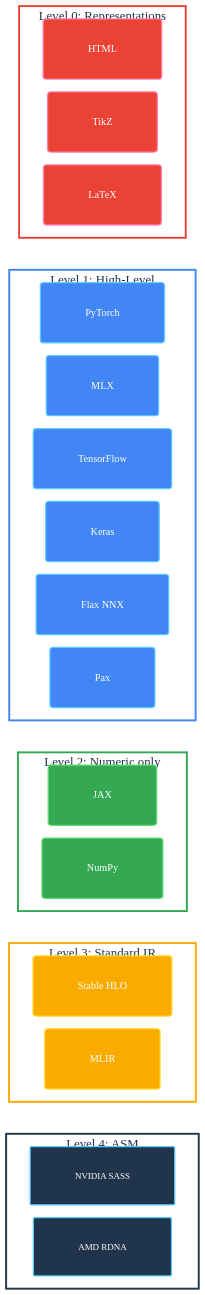
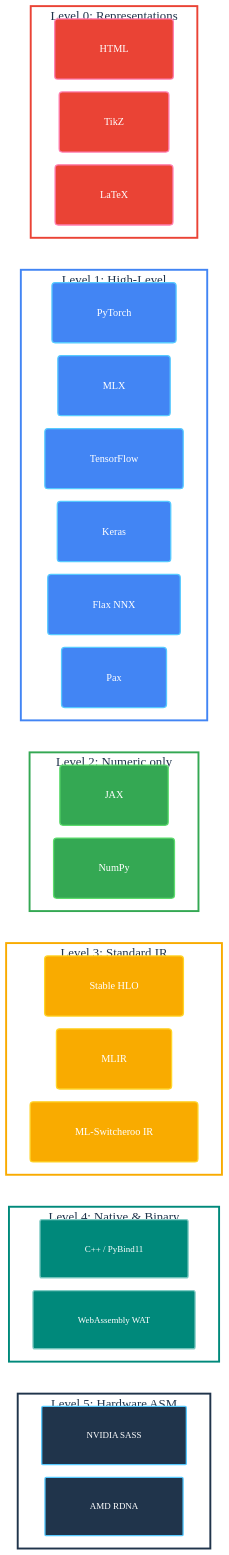
The diagram in docs/index.md (SamuelMarks/ml-switcheroo), drawn with Mermaid (base theme) before and after one commit. The commit also changed 29 other files, not shown here.

````diff
--- a/docs/index.md
+++ b/docs/index.md
@@ -28,7 +28,10 @@
 %% Level 3: Yellow (Intermediate)
     classDef l3Node fill: #f9ab00, stroke: #ffd427, stroke-width: 2px, color: white, font-family: 'Google Sans Normal', font-size: 16px, rx: 5px, ry: 5px;
 
-%% Hardware: Navy (NVIDIA_SASS) - Roboto Mono
+%% Level 4: Teal (Native & Web)
+    classDef l4Node fill: #00897b, stroke: #80cbc4, stroke-width: 2px, color: white, font-family: 'Roboto Mono Normal', font-size: 14px, rx: 3px, ry: 3px;
+
+%% Level 5: Navy (Hardware ASM) - Roboto Mono
     classDef asmNode fill: #20344b, stroke: #57caff, stroke-width: 2px, color: white, font-family: 'Roboto Mono Normal', font-size: 14px, rx: 2px, ry: 2px;
 
 %% --- 2. Subgraph Styling ---
@@ -37,6 +40,7 @@
     classDef containerL1 fill: white, stroke: #4285f4, stroke-width: 3px, color: #20344b, font-family: 'Google Sans Medium', font-size: 20px;
     classDef containerL2 fill: white, stroke: #34a853, stroke-width: 3px, color: #20344b, font-family: 'Google Sans Medium', font-size: 20px;
     classDef containerL3 fill: white, stroke: #f9ab00, stroke-width: 3px, color: #20344b, font-family: 'Google Sans Medium', font-size: 20px;
+    classDef containerL4 fill: white, stroke: #00897b, stroke-width: 3px, color: #20344b, font-family: 'Google Sans Medium', font-size: 20px;
     classDef containerHW fill: white, stroke: #20344b, stroke-width: 3px, color: #20344b, font-family: 'Google Sans Medium', font-size: 20px;
 
 %% --- 3. Diagram Structure ---
@@ -68,9 +72,16 @@
         direction LR
         StableHLO[Stable HLO]
         MLIR
+        IR[ML-Switcheroo IR]
     end
 
-    subgraph LBottom [Level 4: ASM]
+    subgraph L4 [Level 4: Native & Binary]
+        direction LR
+        Cpp[C++ / PyBind11]
+        WAT[WebAssembly WAT]
+    end
+
+    subgraph LBottom [Level 5: Hardware ASM]
         direction LR
         NVIDIA_SASS[NVIDIA SASS]
         RDNA[AMD RDNA]
@@ -80,17 +91,20 @@
     TikZ ~~~ TensorFlow
     TensorFlow ~~~ JAX
     JAX ~~~ StableHLO
-    StableHLO ~~~ NVIDIA_SASS
+    StableHLO ~~~ Cpp
+    Cpp ~~~ NVIDIA_SASS
+
 %% --- 5. Apply Styles ---
     class HTML,TikZ,LaTeX l0Node;
     class PyTorch,MLX,TensorFlow,Keras,FlaxNNX,Pax l1Node;
     class JAX,NumPy l2Node;
-    class StableHLO,MLIR l3Node;
-    class NVIDIA_SASS asmNode;
-    class RDNA asmNode;
+    class StableHLO,MLIR,IR l3Node;
+    class Cpp,WAT l4Node;
+    class NVIDIA_SASS,RDNA asmNode;
     class L0 containerL0;
     class L1 containerL1;
     class L2 containerL2;
     class L3 containerL3;
+    class L4 containerL4;
     class LBottom containerHW;
 ```
````
